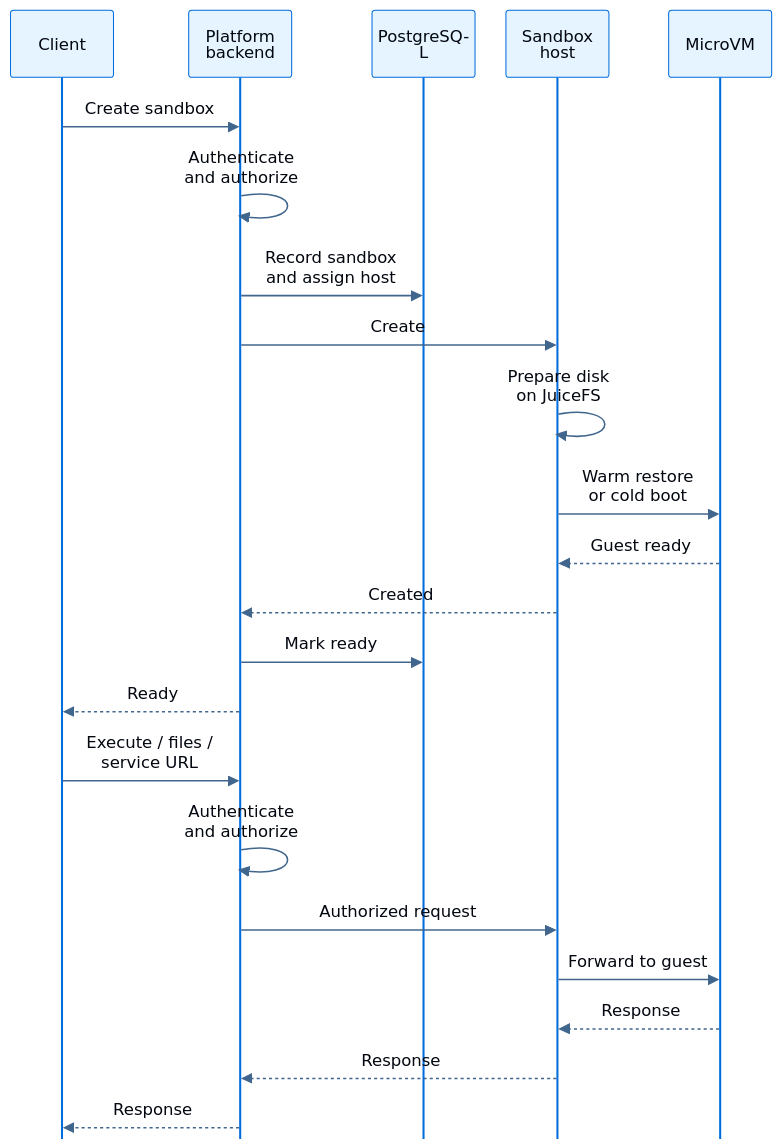
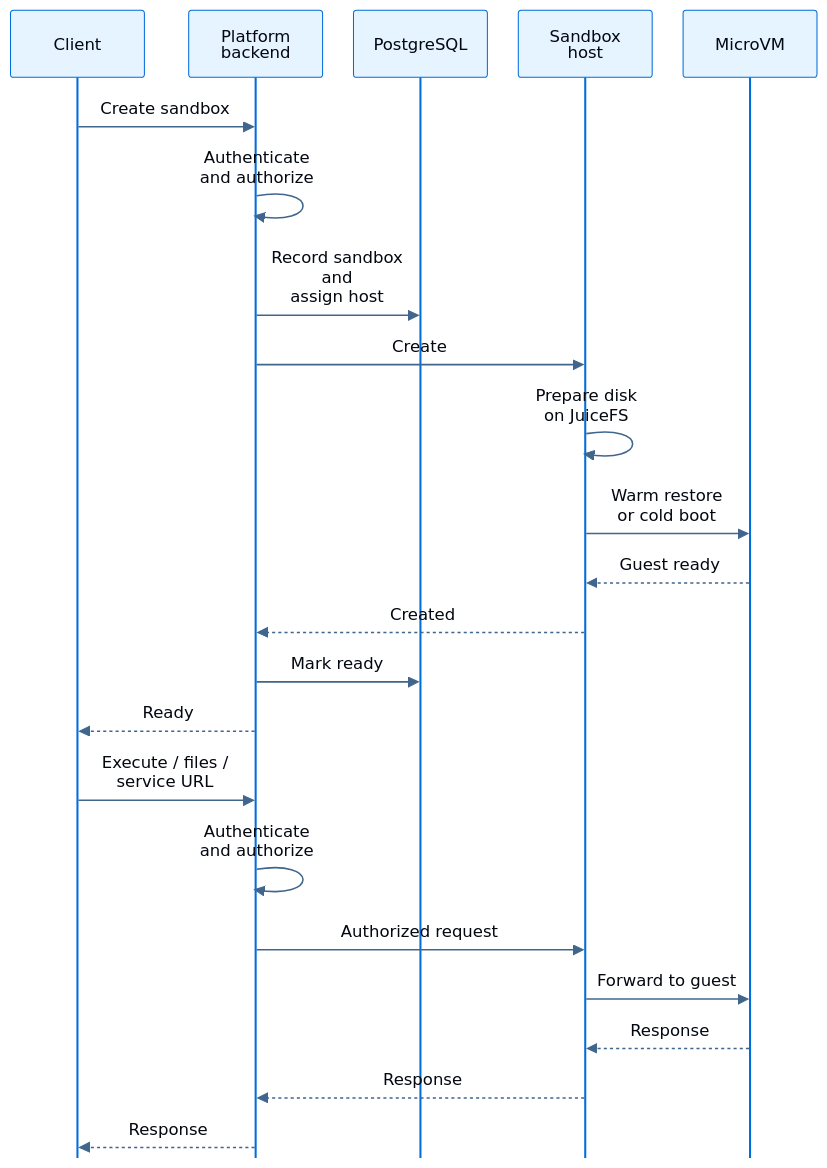
The first of 2 diagrams in src/langsmith/self-host-sandbox-architecture.mdx (langchain-ai/docs), drawn with Mermaid before and after one commit.

Commit message:
docs(sandboxes): prevent mid-word diagram label wrapping
Widen sequence participants so PostgreSQL fits on one line while retaining
intentional line breaks and message wrapping.

Generated with [Devin](https://devin.ai)

````diff
--- a/src/langsmith/self-host-sandbox-architecture.mdx
+++ b/src/langsmith/self-host-sandbox-architecture.mdx
@@ -69,28 +69,28 @@
 ```mermaid
-%%{init: {'theme': 'base', 'themeVariables': {'lineColor': '#40668D', 'primaryColor': '#E5F4FF', 'primaryTextColor': '#030710', 'primaryBorderColor': '#006DDD', 'actorBkg': '#E5F4FF', 'actorBorder': '#006DDD', 'actorTextColor': '#030710', 'signalColor': '#40668D', 'signalTextColor': '#030710'}, 'sequence': {'width': 100, 'actorMargin': 30, 'mirrorActors': false, 'wrap': true}}}%%
+%%{init: {'theme': 'base', 'themeVariables': {'lineColor': '#40668D', 'primaryColor': '#E5F4FF', 'primaryTextColor': '#030710', 'primaryBorderColor': '#006DDD', 'actorBkg': '#E5F4FF', 'actorBorder': '#006DDD', 'actorTextColor': '#030710', 'signalColor': '#40668D', 'signalTextColor': '#030710'}, 'sequence': {'width': 130, 'actorMargin': 30, 'mirrorActors': false, 'wrap': true}}}%%
 sequenceDiagram
     accTitle: Create and use a self-hosted sandbox
     accDescr: The client calls the platform backend, which records and places the sandbox. The selected host prepares its filesystem and boots a microVM. Later requests pass through the backend and host to the guest.
     participant C as Client
     participant P as Platform<br/>backend
     participant D as PostgreSQL
     participant H as Sandbox<br/>host
     participant V as MicroVM
     C->>P: Create sandbox
     P->>P: Authenticate<br/>and authorize
     P->>D: Record sandbox<br/>and assign host
     P->>H: Create
     H->>H: Prepare disk<br/>on JuiceFS
     H->>V: Warm restore<br/>or cold boot
     V-->>H: Guest ready
     H-->>P: Created
     P->>D: Mark ready
     P-->>C: Ready
     C->>P: Execute / files /<br/>service URL
     P->>P: Authenticate<br/>and authorize
     P->>H: Authorized request
     H->>V: Forward to guest
     V-->>H: Response
     H-->>P: Response
     P-->>C: Response
 ```
````
